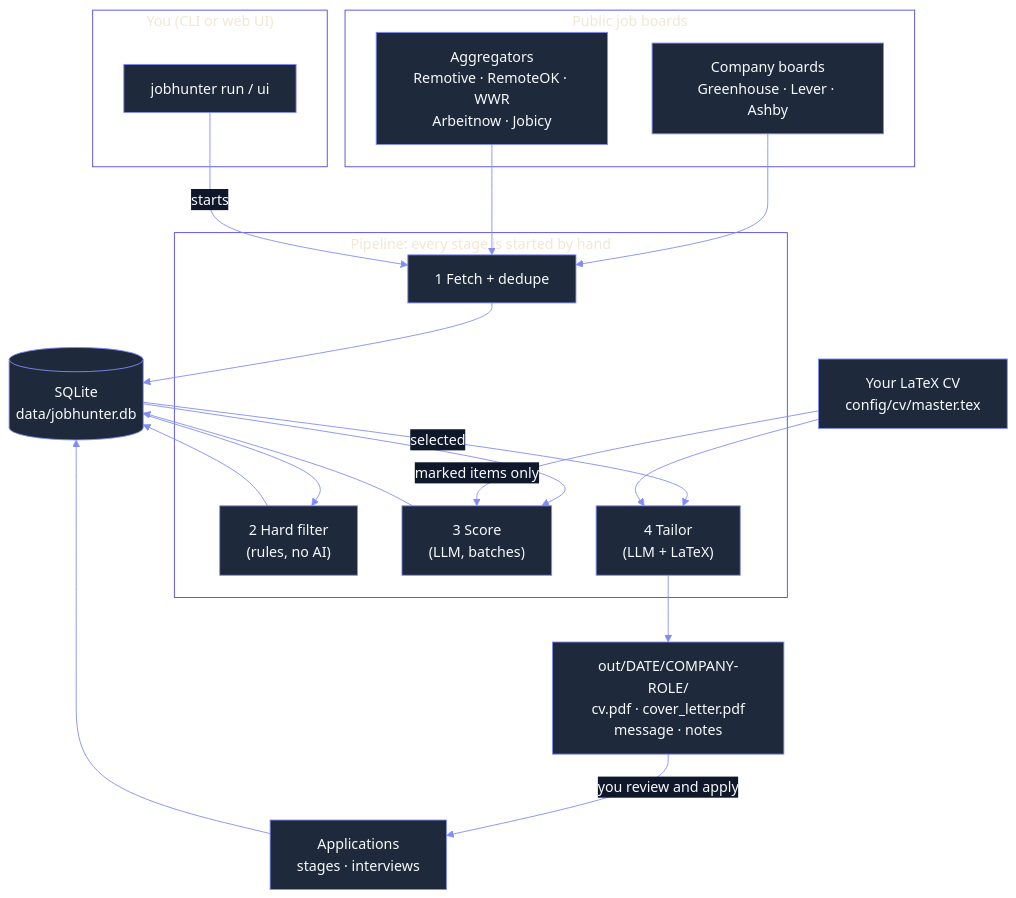
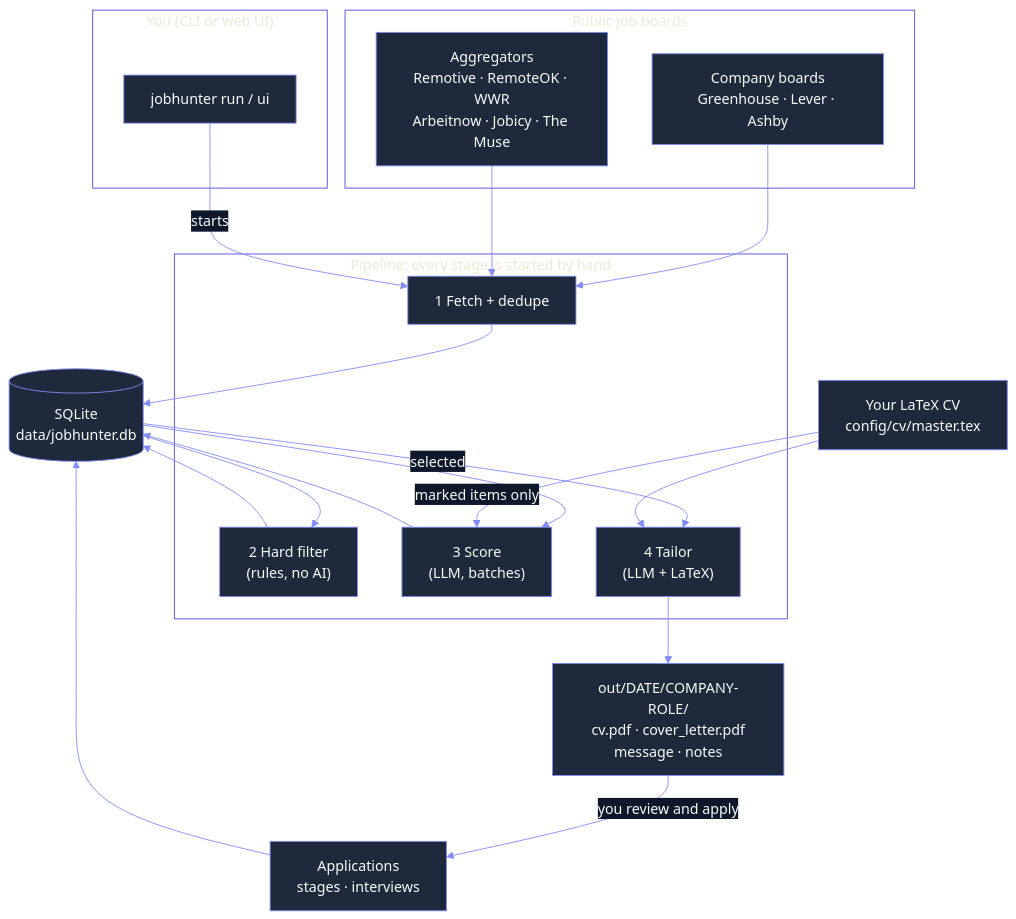
Before and after one commit to Valentina17varela/job-hunter: the first of 3 diagrams in README.md, drawn with Mermaid. The commit also changed other lines of this file and 22 other files, not shown here.

````diff
--- a/README.md
+++ b/README.md
@@ -57,52 +57,52 @@
 ```mermaid
 %%{init: {
   'theme': 'base',
   'themeVariables': {
     'background': 'transparent',
     'primaryColor': '#1E293B',
     'primaryTextColor': '#F8FAFC',
     'primaryBorderColor': '#818CF8',
     'lineColor': '#818CF8',
     'tertiaryColor': '#0F172A',
     'clusterBkg': 'transparent',
     'clusterBorder': '#4F46E5',
     'edgeLabelBackground': '#0F172A',
     'fontFamily': 'inter, system-ui, sans-serif'
   }
 }}%%
 graph TD
     subgraph Sources["Public job boards"]
         ATS["Company boards<br/>Greenhouse · Lever · Ashby"]
-        AGG["Aggregators<br/>Remotive · RemoteOK · WWR<br/>Arbeitnow · Jobicy"]
+        AGG["Aggregators<br/>Remotive · RemoteOK · WWR<br/>Arbeitnow · Jobicy · The Muse"]
     end
 
     subgraph You["You (CLI or web UI)"]
         CLI["jobhunter run / ui"]
     end
 
     subgraph Pipeline["Pipeline: every stage is started by hand"]
         FETCH["1 Fetch + dedupe"]
         FILTER["2 Hard filter<br/>(rules, no AI)"]
         SCORE["3 Score<br/>(LLM, batches)"]
         TAILOR["4 Tailor<br/>(LLM + LaTeX)"]
     end
 
     DB[("SQLite<br/>data/jobhunter.db")]
     CV["Your LaTeX CV<br/>config/cv/master.tex"]
     OUT["out/DATE/COMPANY-ROLE/<br/>cv.pdf · cover_letter.pdf<br/>message · notes"]
     TRACK["Applications<br/>stages · interviews"]
 
     ATS --> FETCH
     AGG --> FETCH
     CLI -->|starts| FETCH
     FETCH --> DB
     DB --> FILTER --> DB
     DB --> SCORE
     CV -->|marked items only| SCORE
     SCORE --> DB
     DB -->|selected| TAILOR
     CV --> TAILOR
     TAILOR --> OUT
     OUT -->|you review and apply| TRACK
     TRACK --> DB
 ```
````
